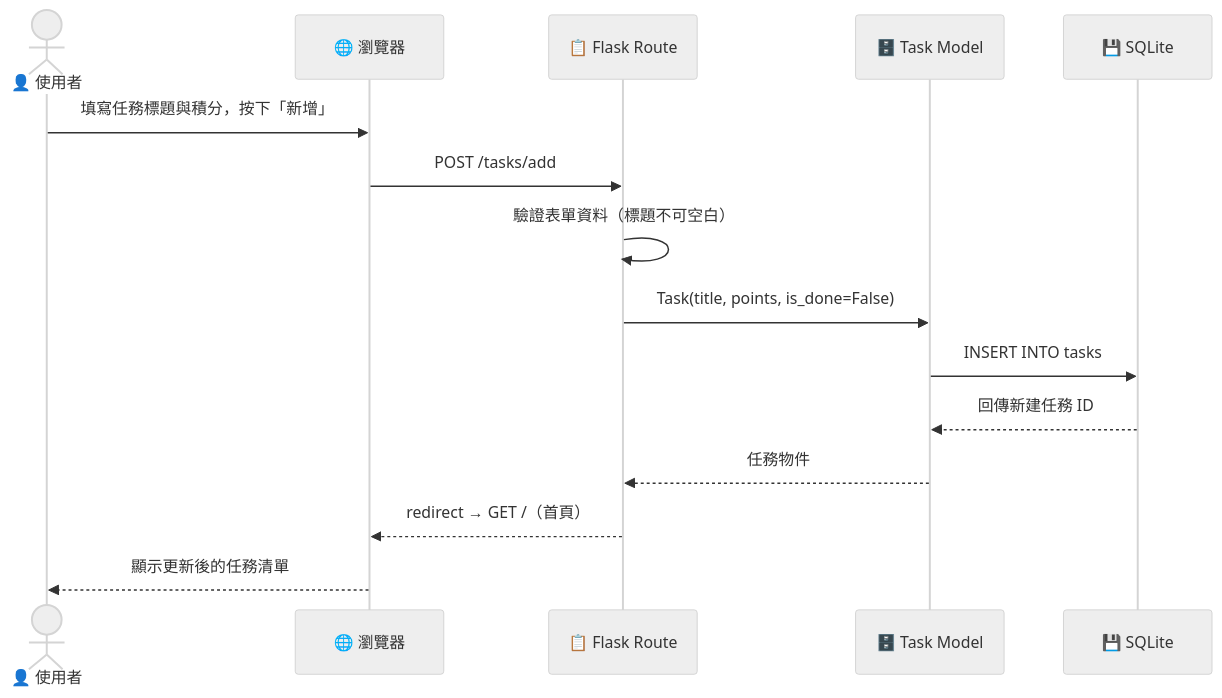
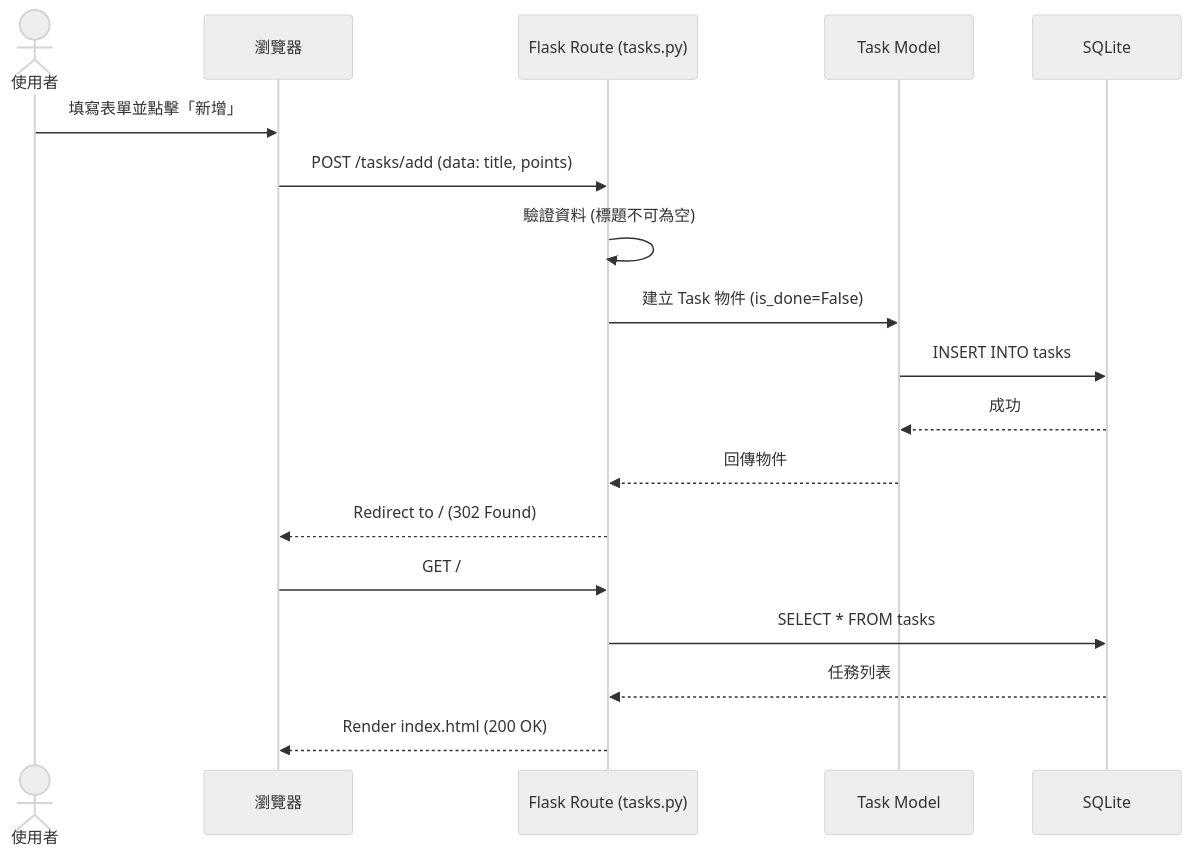
The second of 3 diagrams in docs/FLOWCHART.md (qingyuzhong933-wq/web_app_development), drawn with Mermaid (neutral theme) before and after one commit. The commit also changed other lines of this file, not shown here.

Commit message:
docs: add user flowchart

````diff
--- a/docs/FLOWCHART.md
+++ b/docs/FLOWCHART.md
@@ -60,18 +60,21 @@
 ```mermaid
 sequenceDiagram
-    actor User as 👤 使用者
-    participant Browser as 🌐 瀏覽器
-    participant Flask as 📋 Flask Route
-    participant Model as 🗄️ Task Model
-    participant DB as 💾 SQLite
+    actor User as 使用者
+    participant Browser as 瀏覽器
+    participant Flask as Flask Route (tasks.py)
+    participant Model as Task Model
+    participant DB as SQLite
 
-    User->>Browser: 填寫任務標題與積分，按下「新增」
-    Browser->>Flask: POST /tasks/add
-    Flask->>Flask: 驗證表單資料（標題不可空白）
-    Flask->>Model: Task(title, points, is_done=False)
+    User->>Browser: 填寫表單並點擊「新增」
+    Browser->>Flask: POST /tasks/add (data: title, points)
+    Flask->>Flask: 驗證資料 (標題不可為空)
+    Flask->>Model: 建立 Task 物件 (is_done=False)
     Model->>DB: INSERT INTO tasks
-    DB-->>Model: 回傳新建任務 ID
-    Model-->>Flask: 任務物件
-    Flask-->>Browser: redirect → GET /（首頁）
-    Browser-->>User: 顯示更新後的任務清單
+    DB-->>Model: 成功
+    Model-->>Flask: 回傳物件
+    Flask-->>Browser: Redirect to / (302 Found)
+    Browser->>Flask: GET /
+    Flask->>DB: SELECT * FROM tasks
+    DB-->>Flask: 任務列表
+    Flask-->>Browser: Render index.html (200 OK)
 ```
````
